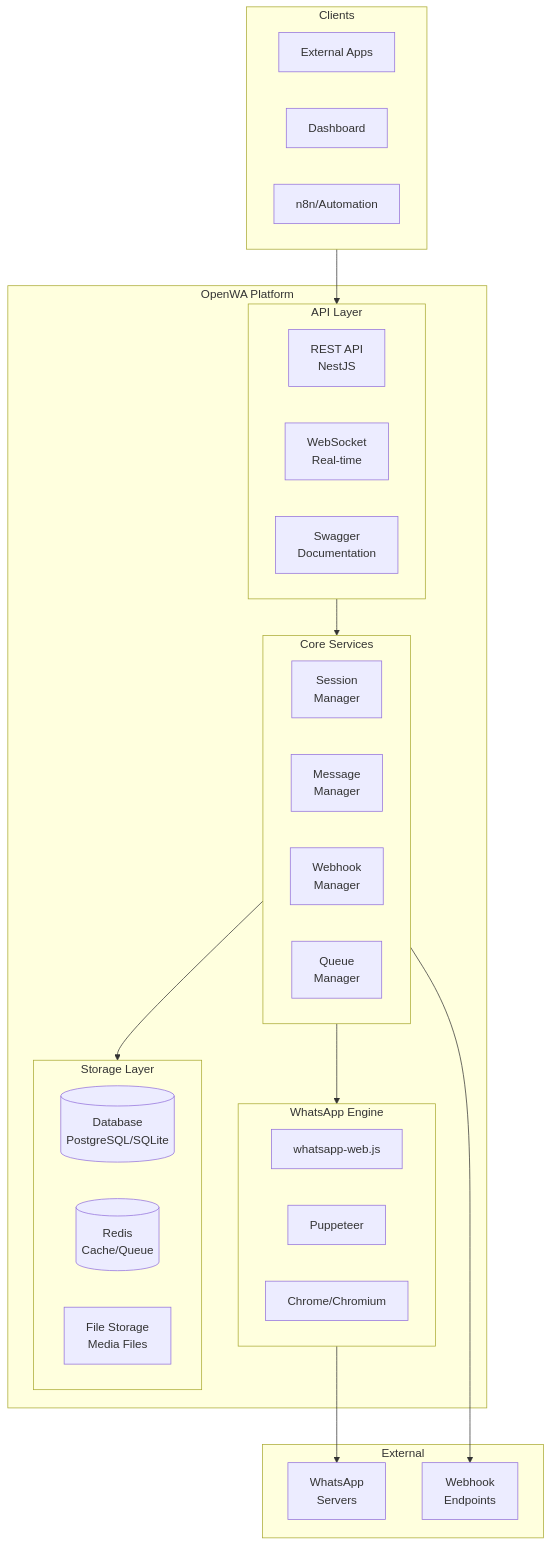
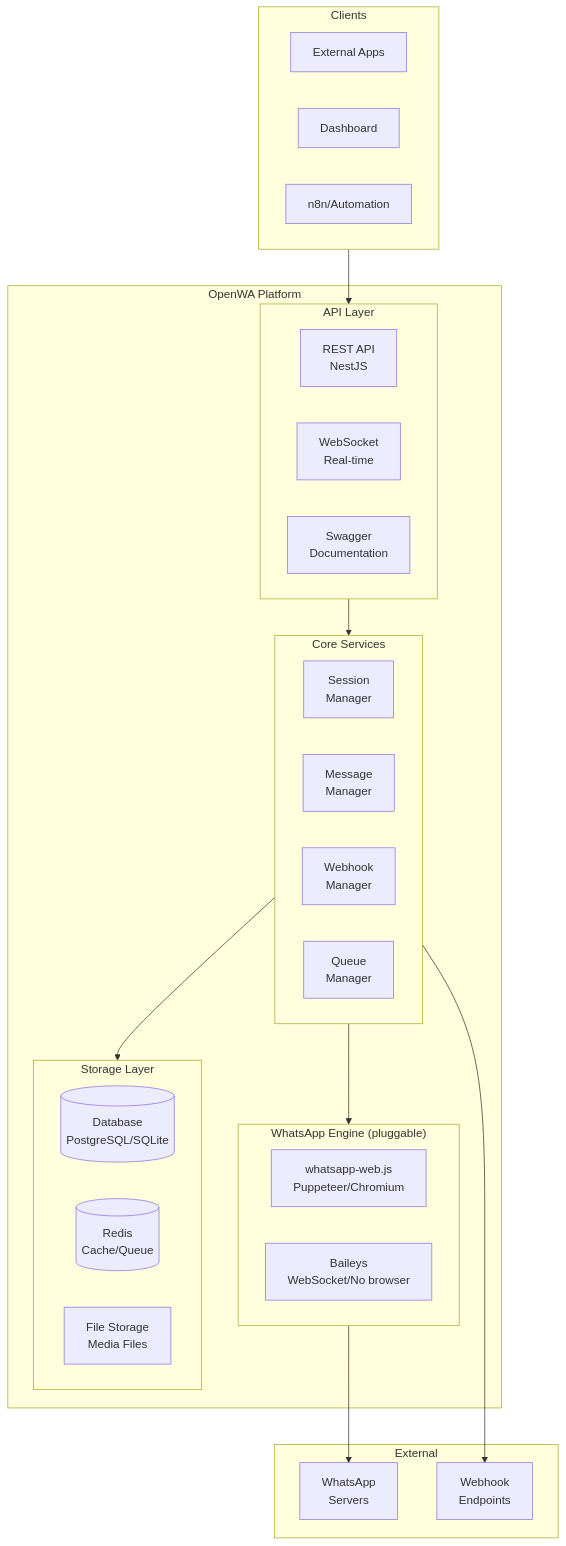
The first of 24 diagrams in docs/03-system-architecture.md (nourayman21k/OpenWA), drawn with Mermaid before and after one commit. The commit also changed other lines of this file and 16 other files, not shown here.

Commit message:
docs: align all docs with v0.3.0 (pluggable engine) + v0.4.0 (single-port deployment)

````diff
--- a/docs/03-system-architecture.md
+++ b/docs/03-system-architecture.md
@@ -7,47 +7,46 @@
 ```mermaid
 flowchart TB
     subgraph Clients["Clients"]
         C1[External Apps]
         C2[Dashboard]
         C3[n8n/Automation]
     end
     
     subgraph OpenWA["OpenWA Platform"]
         subgraph API["API Layer"]
             REST[REST API<br/>NestJS]
             WS[WebSocket<br/>Real-time]
             SWAGGER[Swagger<br/>Documentation]
         end
         
         subgraph Core["Core Services"]
             SM[Session<br/>Manager]
             MM[Message<br/>Manager]
             WH[Webhook<br/>Manager]
             QM[Queue<br/>Manager]
         end
         
-        subgraph Engine["WhatsApp Engine"]
-            WW[whatsapp-web.js]
-            PP[Puppeteer]
-            CH[Chrome/Chromium]
+        subgraph Engine["WhatsApp Engine (pluggable)"]
+            WW[whatsapp-web.js<br/>Puppeteer/Chromium]
+            BY[Baileys<br/>WebSocket/No browser]
         end
         
         subgraph Storage["Storage Layer"]
             DB[(Database<br/>PostgreSQL/SQLite)]
             REDIS[(Redis<br/>Cache/Queue)]
             FS[File Storage<br/>Media Files]
         end
     end
     
     subgraph External["External"]
         WA[WhatsApp<br/>Servers]
         WEBHOOK[Webhook<br/>Endpoints]
     end
     
     Clients --> API
     API --> Core
     Core --> Engine
     Core --> Storage
     Engine --> WA
     Core --> WEBHOOK
 ```
````
